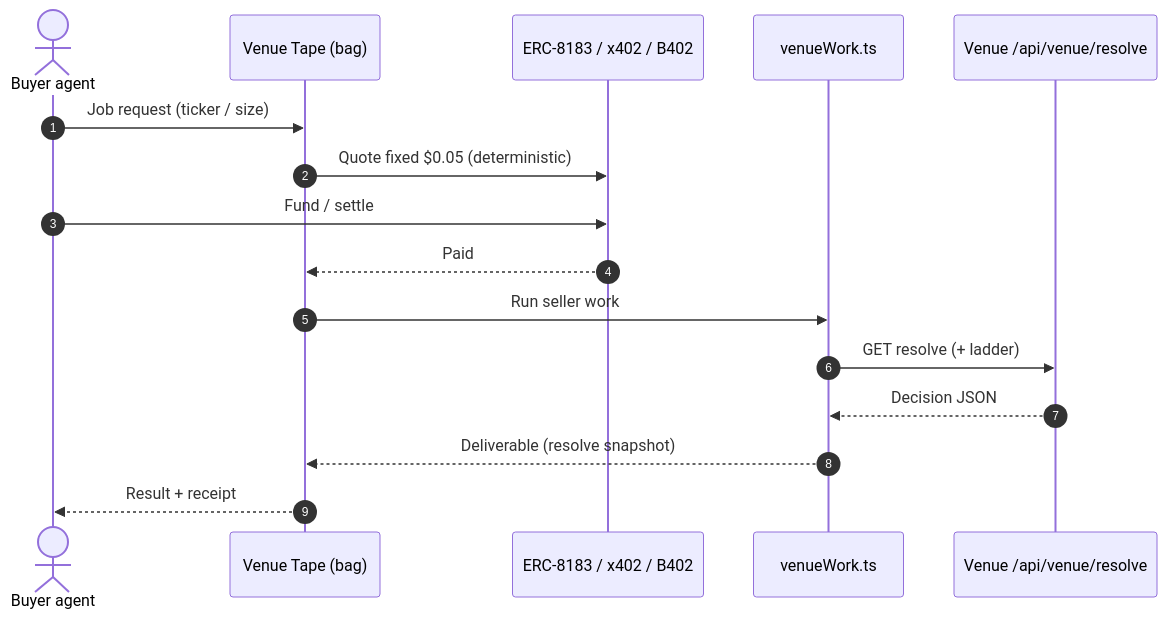
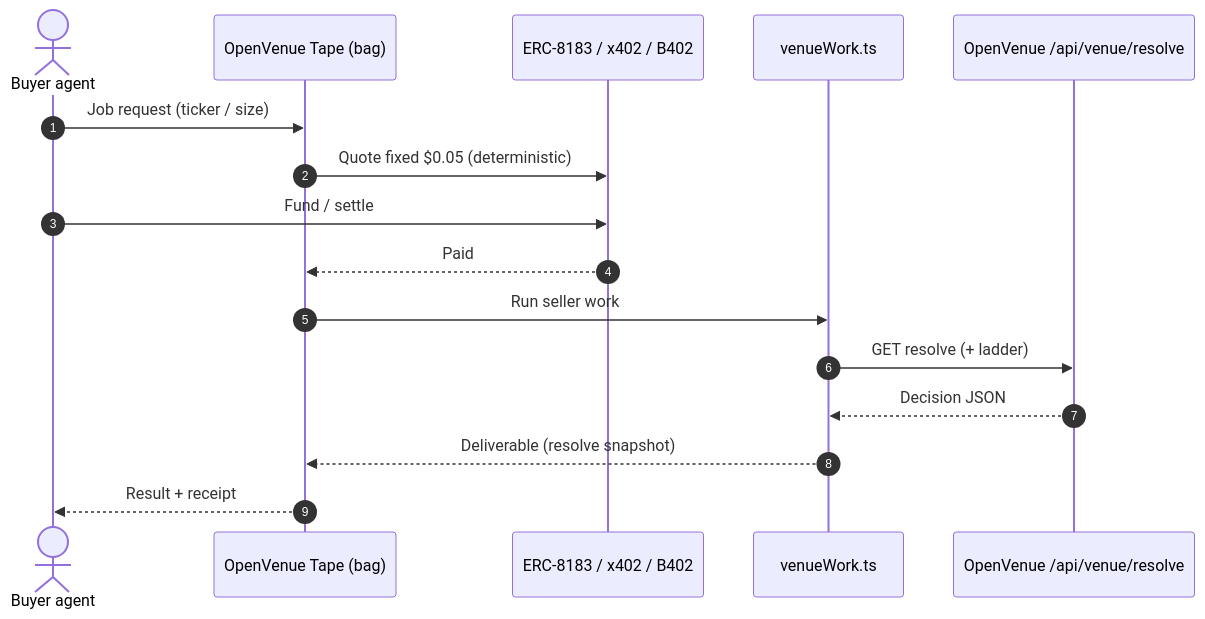
One commit to AmaanSayyad/OpenVenue changed the fourth of 4 diagrams in README.md. Above: the diagram before and after it, drawn with Mermaid. The commit also changed other lines of this file and 28 other files, not shown here.

First line of the commit message:
Rename the desk to OpenVenue.

````diff
--- a/README.md
+++ b/README.md
@@ -321,19 +321,19 @@
 ```mermaid
 sequenceDiagram
   autonumber
   actor B as Buyer agent
-  participant Tape as Venue Tape (bag)
+  participant Tape as OpenVenue Tape (bag)
   participant Pay as ERC-8183 / x402 / B402
   participant Work as venueWork.ts
-  participant Venue as Venue /api/venue/resolve
+  participant OpenVenue as OpenVenue /api/venue/resolve
 
   B->>Tape: Job request (ticker / size)
   Tape->>Pay: Quote fixed $0.05 (deterministic)
   B->>Pay: Fund / settle
   Pay-->>Tape: Paid
   Tape->>Work: Run seller work
-  Work->>Venue: GET resolve (+ ladder)
-  Venue-->>Work: Decision JSON
+  Work->>OpenVenue: GET resolve (+ ladder)
+  OpenVenue-->>Work: Decision JSON
   Work-->>Tape: Deliverable (resolve snapshot)
   Tape-->>B: Result + receipt
 ```
````
